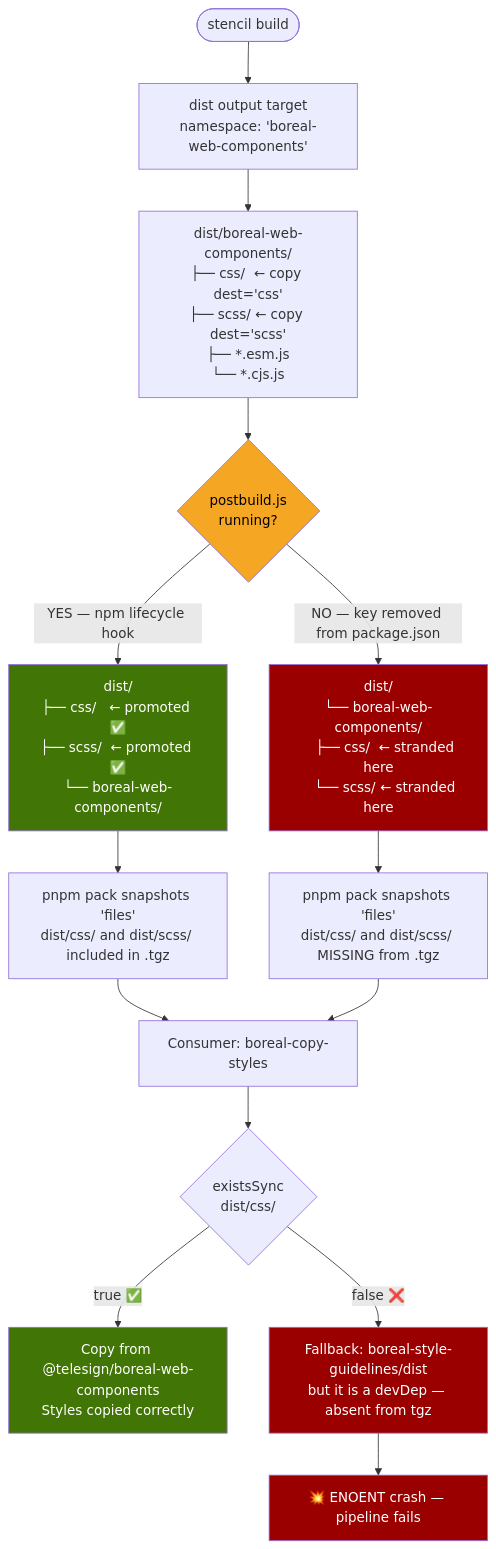
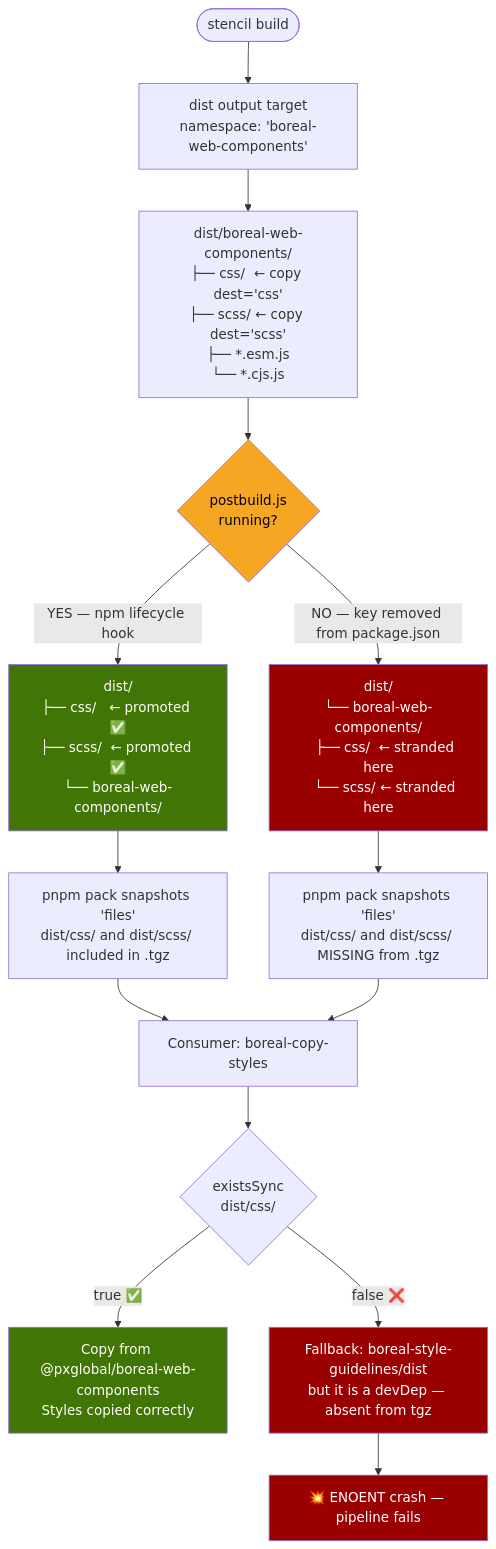
The second of 2 diagrams in ai-docs/diagrams/validate-pack-pipeline.md (dgonzalezts/boreal-ds-ai), drawn with Mermaid before and after one commit. The commit also changed other lines of this file and 86 other files, not shown here.

````diff
--- a/ai-docs/diagrams/validate-pack-pipeline.md
+++ b/ai-docs/diagrams/validate-pack-pipeline.md
@@ -44,28 +44,28 @@
 ```mermaid
 flowchart TD
     A([stencil build]) --> B[dist output target\nnamespace: 'boreal-web-components']
     B --> C["dist/boreal-web-components/\n├── css/  ← copy dest='css'\n├── scss/ ← copy dest='scss'\n├── *.esm.js\n└── *.cjs.js"]
 
     C --> D{postbuild.js\nrunning?}
 
     D -->|YES — npm lifecycle hook| E["dist/\n├── css/   ← promoted ✅\n├── scss/  ← promoted ✅\n└── boreal-web-components/"]
     D -->|NO — key removed from package.json| F["dist/\n└── boreal-web-components/\n    ├── css/  ← stranded here\n    └── scss/ ← stranded here"]
 
     E --> G[pnpm pack snapshots 'files'\ndist/css/ and dist/scss/ included in .tgz]
     F --> H[pnpm pack snapshots 'files'\ndist/css/ and dist/scss/ MISSING from .tgz]
 
     G --> I[Consumer: boreal-copy-styles]
     H --> I
 
     I --> J{"existsSync\ndist/css/"}
-    J -->|true ✅| K[Copy from @telesign/boreal-web-components\nStyles copied correctly]
+    J -->|true ✅| K[Copy from @pxglobal/boreal-web-components\nStyles copied correctly]
     J -->|false ❌| L[Fallback: boreal-style-guidelines/dist\nbut it is a devDep — absent from tgz]
     L --> M[💥 ENOENT crash — pipeline fails]
 
     style D fill:#f5a623,color:#000
     style E fill:#417505,color:#fff
     style K fill:#417505,color:#fff
     style F fill:#9b0000,color:#fff
     style L fill:#9b0000,color:#fff
     style M fill:#9b0000,color:#fff
 ```
````
